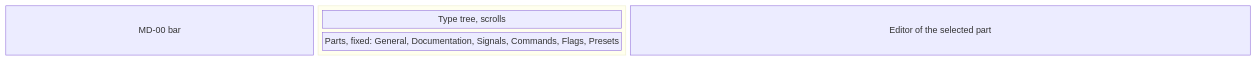
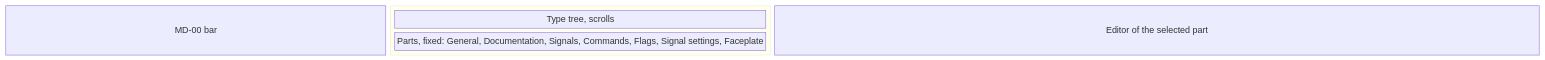
Before and after one commit to AlexandreGallais/synoptic-studio-spec: the first of 17 diagrams in screens/metadata.md, drawn with Mermaid. The commit also changed other lines of this file and 81 other files, not shown here.

First line of the commit message:
docs(metadata): remove presets, add signal settings and faceplate parts

````diff
--- a/screens/metadata.md
+++ b/screens/metadata.md
@@ -32,11 +32,11 @@
 ```mermaid
 block-beta
     columns 4
     rail["MD-00 bar"]
     block:left
         columns 1
         tree["Type tree, scrolls"]
-        parts["Parts, fixed: General, Documentation, Signals, Commands, Flags, Presets"]
+        parts["Parts, fixed: General, Documentation, Signals, Commands, Flags, Signal settings, Faceplate"]
     end
     editor["Editor of the selected part"]:2
 ```
````
